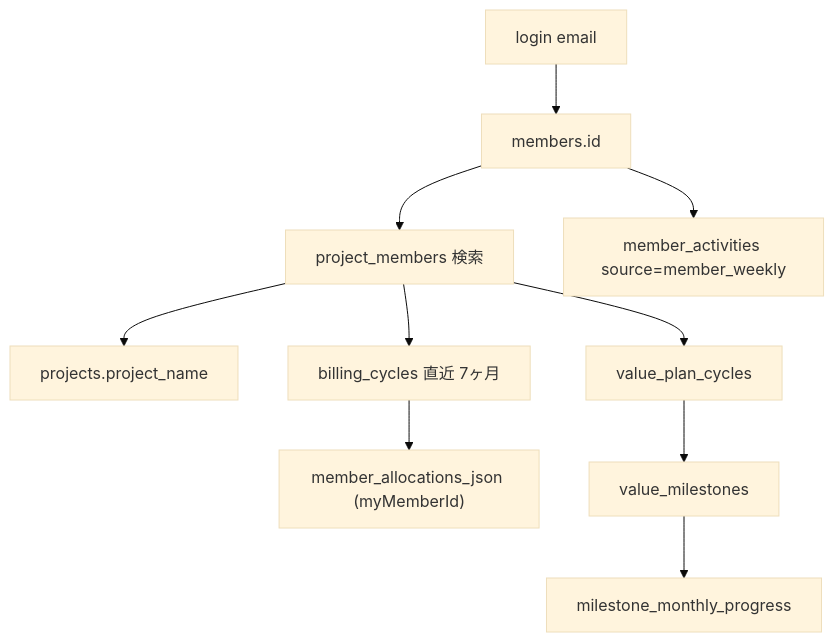
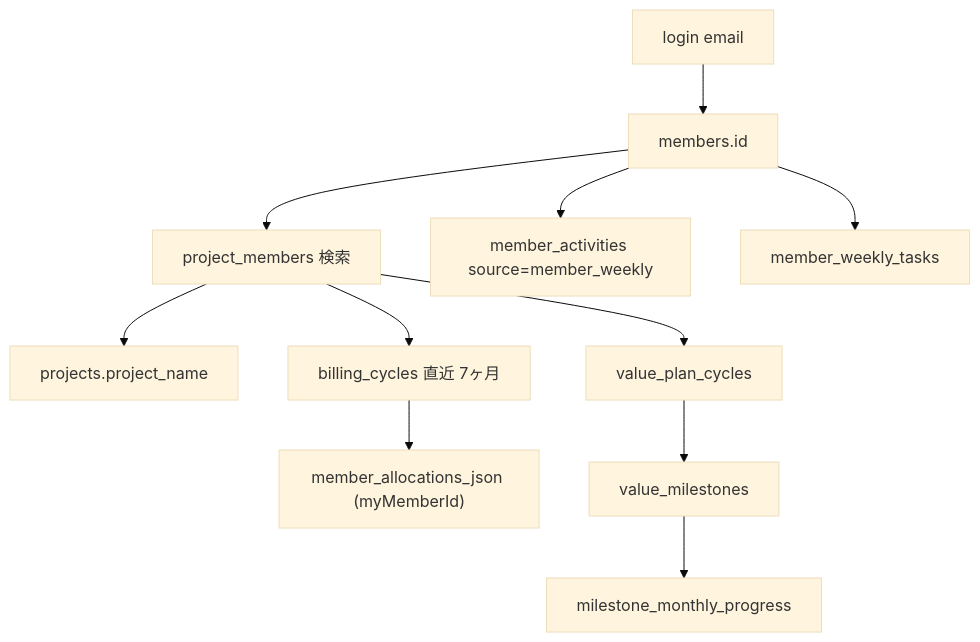
The first of 2 diagrams in pwa/manual/6-6-member-billing-prompts-spec.md (masa-teamarmada/amd-os), drawn with Mermaid (base theme) before and after one commit. The commit also changed other lines of this file and 12 other files, not shown here.

````diff
--- a/pwa/manual/6-6-member-billing-prompts-spec.md
+++ b/pwa/manual/6-6-member-billing-prompts-spec.md
@@ -11,12 +11,13 @@
 ```mermaid
 flowchart TD
   A[login email] --> B[members.id]
   B --> C[project_members 検索]
   C --> D[projects.project_name]
   C --> E[billing_cycles 直近 7ヶ月]
   E --> F[member_allocations_json &lpar;myMemberId&rpar;]
   C --> G[value_plan_cycles]
   G --> H[value_milestones]
   H --> I[milestone_monthly_progress]
   B --> J[member_activities source=member_weekly]
+  B --> K[member_weekly_tasks]
 ```
````
